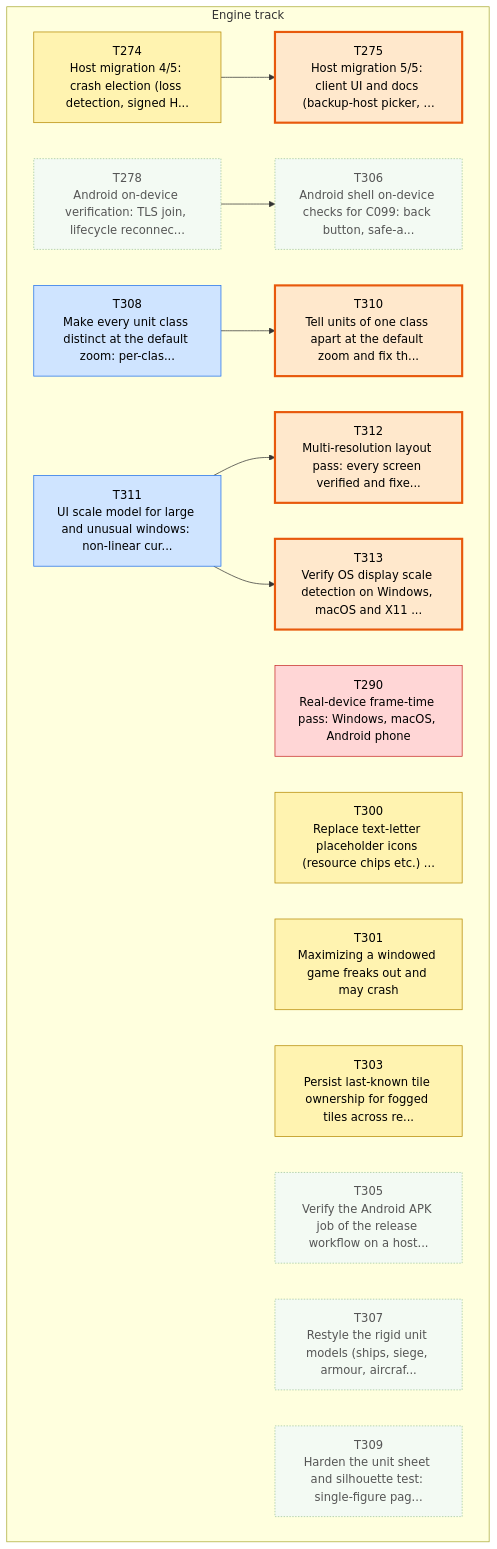
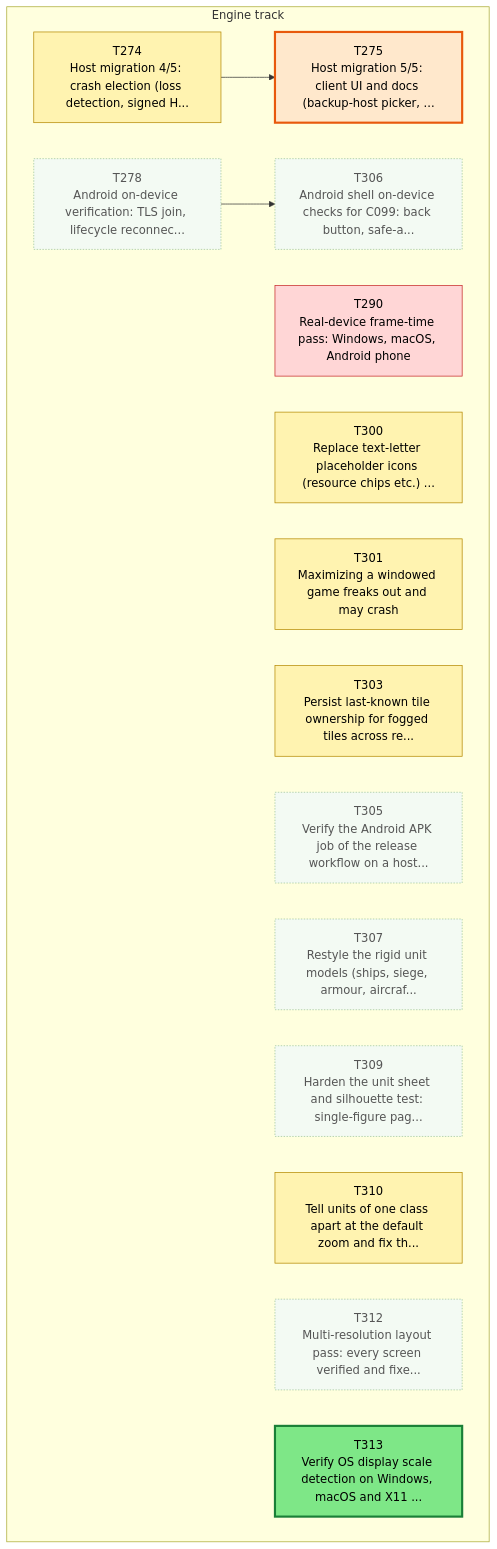
The first of 3 diagrams in csharp/migration/DEPENDENCY_MAP.md (Kenmura/Unciv), drawn with Mermaid before and after one commit. The commit also changed other lines of this file and 1 other file, not shown here.

Commit message:
migration: review T311 pass [Adversarial Review]

````diff
--- a/csharp/migration/DEPENDENCY_MAP.md
+++ b/csharp/migration/DEPENDENCY_MAP.md
@@ -35,49 +35,42 @@
 ```mermaid
 flowchart TD
   subgraph TTRACK["Engine track"]
     T274["T274<br/>Host migration 4/5: crash election (loss detection, signed H..."]
     T275["T275<br/>Host migration 5/5: client UI and docs (backup-host picker, ..."]
     T278["T278<br/>Android on-device verification: TLS join, lifecycle reconnec..."]
     T290["T290<br/>Real-device frame-time pass: Windows, macOS, Android phone"]
     T300["T300<br/>Replace text-letter placeholder icons (resource chips etc.) ..."]
     T301["T301<br/>Maximizing a windowed game freaks out and may crash"]
     T303["T303<br/>Persist last-known tile ownership for fogged tiles across re..."]
     T305["T305<br/>Verify the Android APK job of the release workflow on a host..."]
     T306["T306<br/>Android shell on-device checks for C099: back button, safe-a..."]
     T307["T307<br/>Restyle the rigid unit models (ships, siege, armour, aircraf..."]
-    T308["T308<br/>Make every unit class distinct at the default zoom: per-clas..."]
     T309["T309<br/>Harden the unit sheet and silhouette test: single-figure pag..."]
     T310["T310<br/>Tell units of one class apart at the default zoom and fix th..."]
-    T311["T311<br/>UI scale model for large and unusual windows: non-linear cur..."]
     T312["T312<br/>Multi-resolution layout pass: every screen verified and fixe..."]
     T313["T313<br/>Verify OS display scale detection on Windows, macOS and X11 ..."]
   end
   T274 --> T275
   T278 --> T306
-  T308 --> T310
-  T311 --> T312
-  T311 --> T313
   classDef waiting fill:#f3faf3,stroke:#9bc49b,color:#555,stroke-dasharray:2 2
   classDef ondeck fill:#ffe8cc,stroke:#e8590c,stroke-width:3px,color:#000
   classDef ready fill:#7ee787,stroke:#1a7f37,stroke-width:3px,color:#000
   classDef prog fill:#fff3b0,stroke:#b58900,color:#000
   classDef review fill:#cfe4ff,stroke:#1f6feb,color:#000
   classDef blocked fill:#ffd6d6,stroke:#c62828,color:#000
   classDef done fill:#eeeeee,stroke:#999999,color:#666,stroke-dasharray:4 3
   class T274 prog
   class T275 ondeck
   class T278 waiting
   class T290 blocked
   class T300 prog
   class T301 prog
   class T303 prog
   class T305 waiting
   class T306 waiting
   class T307 waiting
-  class T308 review
   class T309 waiting
-  class T310 ondeck
-  class T311 review
-  class T312 ondeck
-  class T313 ondeck
+  class T310 prog
+  class T312 waiting
+  class T313 ready
 ```
````
